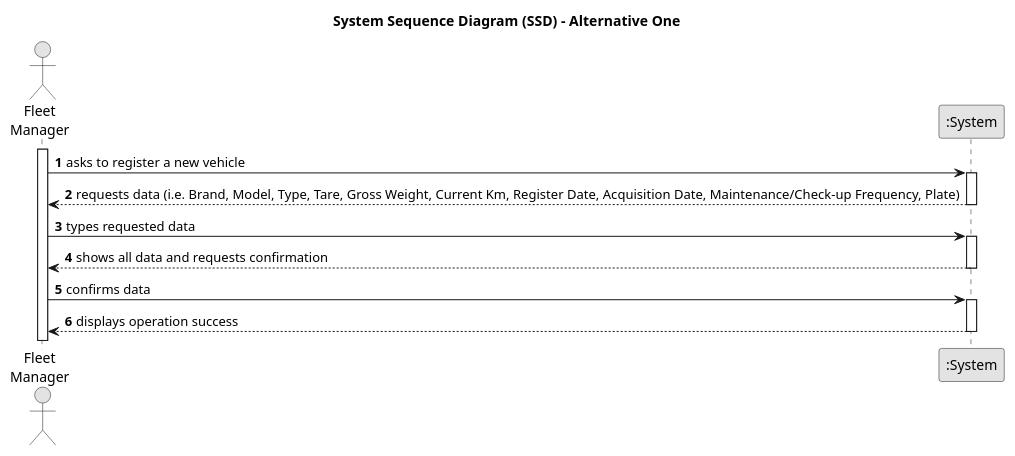
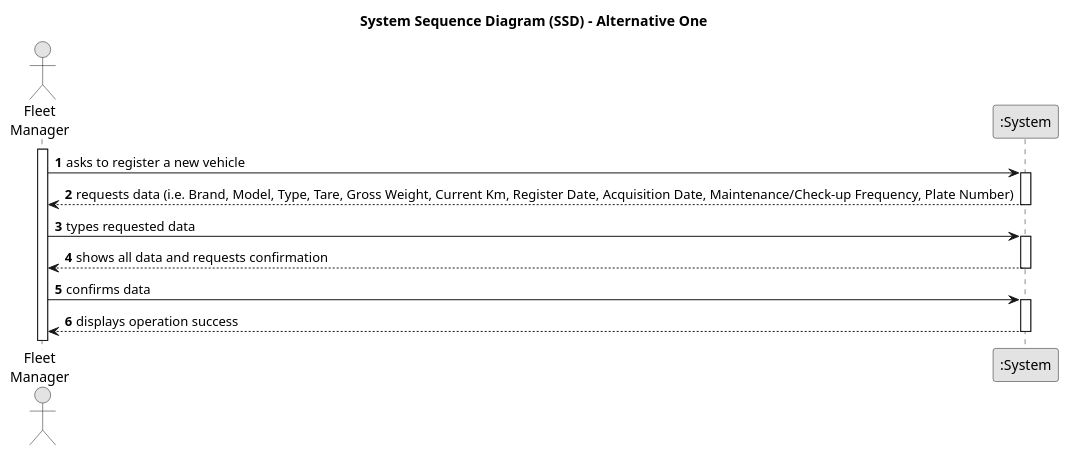
Before and after one commit to daniel41silva05/ISEP_2023_2024_LAPR2: the diagram in docs/sprintA/us006/01.requirements-engineering/puml/us006-system-sequence-diagram-alternative-one.puml, drawn with PlantUML. The commit also changed 3 other files, not shown here.

```diff
--- a/docs/sprintA/us006/01.requirements-engineering/puml/us006-system-sequence-diagram-alternative-one.puml
+++ b/docs/sprintA/us006/01.requirements-engineering/puml/us006-system-sequence-diagram-alternative-one.puml
@@ -1,33 +1,33 @@
 @startuml
 skinparam monochrome true
 skinparam packageStyle rectangle
 skinparam shadowing false
 
 title System Sequence Diagram (SSD) - Alternative One
 
 autonumber
 
 actor "Fleet\nManager" as FM
 participant ":System" as System
 
 activate FM
 
     FM -> System : asks to register a new vehicle
     activate System
 
-        System --> FM : requests data (i.e. Brand, Model, Type, Tare, Gross Weight, Current Km, Register Date, Acquisition Date, Maintenance/Check-up Frequency, Plate)
+        System --> FM : requests data (i.e. Brand, Model, Type, Tare, Gross Weight, Current Km, Register Date, Acquisition Date, Maintenance/Check-up Frequency, Plate Number)
     deactivate System
 
     FM -> System : types requested data
     activate System
 
         System --> FM : shows all data and requests confirmation
     deactivate System
 
     FM -> System : confirms data
     activate System
 
         System --> FM : displays operation success
     deactivate System
 
 @enduml
```
